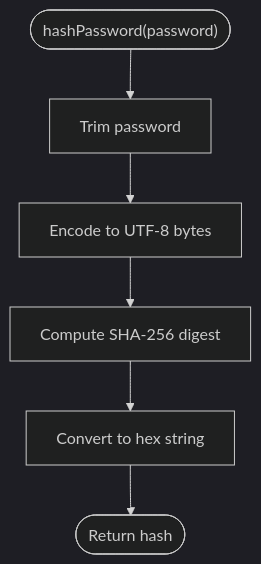
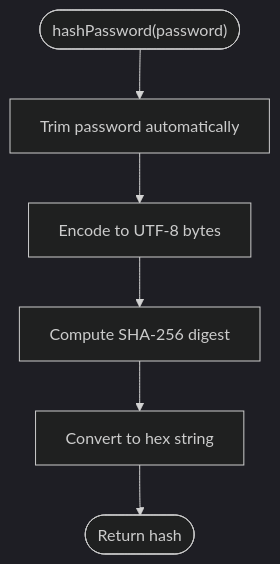
Before and after one commit to zpria/ACCOUND-ZPRIA: the third of 9 diagrams in .qoder/repowiki/en/content/Service Layer/Supabase Authentication Service.md, drawn with Mermaid (dark theme). The commit also changed other lines of this file and 12 other files, not shown here.

````diff
--- a/.qoder/repowiki/en/content/Service Layer/Supabase Authentication Service.md
+++ b/.qoder/repowiki/en/content/Service Layer/Supabase Authentication Service.md
@@ -156,8 +184,8 @@
 ```mermaid
 flowchart TD
-Start(["hashPassword(password)"]) --> Trim["Trim password"]
+Start(["hashPassword(password)"]) --> Trim["Trim password automatically"]
 Trim --> Encode["Encode to UTF-8 bytes"]
 Encode --> Digest["Compute SHA-256 digest"]
 Digest --> Buffer["Convert to hex string"]
 Buffer --> End(["Return hash"])
 ```
````
